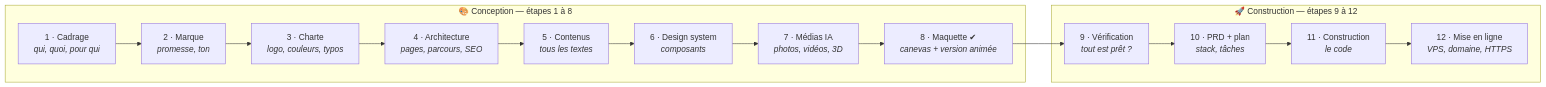
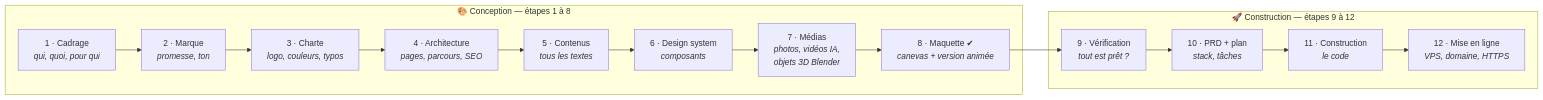
Before and after one commit to ohvignas/lancetonsite: the diagram in README.md, drawn with Mermaid. The commit also changed other lines of this file and 459 other files, not shown here.

First line of the commit message:
1.7.2 : skill objets 3D (Blender), 4 nouveaux exemples, README refait

````diff
--- a/README.md
+++ b/README.md
@@ -91,13 +174,13 @@
 ```mermaid
 flowchart LR
   subgraph D["🎨 Conception — étapes 1 à 8"]
     A1["1 · Cadrage<br/><i>qui, quoi, pour qui</i>"] --> A2["2 · Marque<br/><i>promesse, ton</i>"] --> A3["3 · Charte<br/><i>logo, couleurs, typos</i>"]
     A3 --> A4["4 · Architecture<br/><i>pages, parcours, SEO</i>"] --> A5["5 · Contenus<br/><i>tous les textes</i>"]
-    A5 --> A6["6 · Design system<br/><i>composants</i>"] --> A7["7 · Médias IA<br/><i>photos, vidéos, 3D</i>"]
+    A5 --> A6["6 · Design system<br/><i>composants</i>"] --> A7["7 · Médias<br/><i>photos, vidéos IA,<br/>objets 3D Blender</i>"]
     A7 --> A8["8 · Maquette ✔<br/><i>canevas + version animée</i>"]
   end
   A8 --> A9
   subgraph C["🚀 Construction — étapes 9 à 12"]
     A9["9 · Vérification<br/><i>tout est prêt ?</i>"] --> A10["10 · PRD + plan<br/><i>stack, tâches</i>"] --> A11["11 · Construction<br/><i>le code</i>"] --> A12["12 · Mise en ligne<br/><i>VPS, domaine, HTTPS</i>"]
   end
 ```
````
